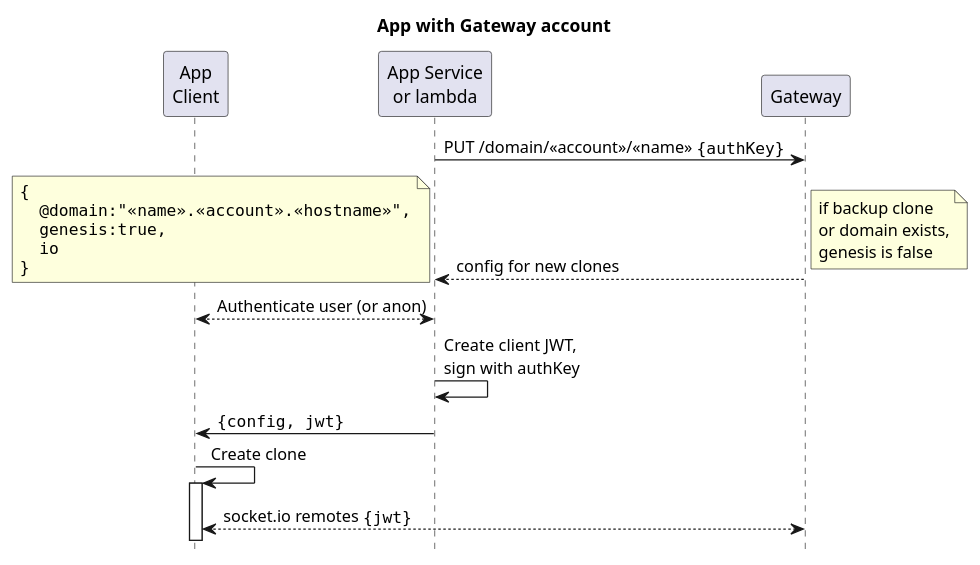
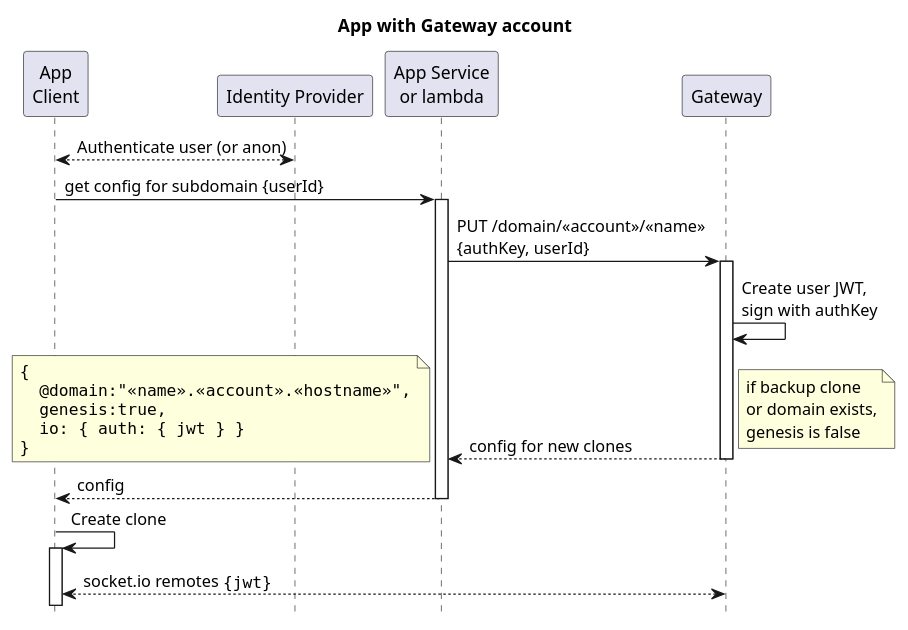
Before and after one commit to m-ld/m-ld-gateway: the diagram in architecture/api/domain/account-domain.seq.puml, drawn with PlantUML. The commit also changed 26 other files, not shown here.

Commit message:
#10: Bearer authentication for socket.io, generated in subdomain config

```diff
--- a/architecture/api/domain/account-domain.seq.puml
+++ b/architecture/api/domain/account-domain.seq.puml
@@ -1,32 +1,34 @@
 @startuml
 'https://plantuml.com/sequence-diagram
 hide footbox
 
 title App with Gateway account
 
 participant "App\nClient" as client
+participant "Identity Provider" as idp
 participant "App Service\nor lambda" as service
 
-service -> Gateway: PUT /domain/<<account>>/<<name>> ""{authKey}""
+client <--> idp: Authenticate user (or anon)
+client -> service ++ : get config for subdomain {userId}
+service -> Gateway ++: PUT /domain/<<account>>/<<name>>\n{authKey, userId}
+Gateway -> Gateway: Create user JWT,\nsign with authKey
 return config for new clones
 note left
 <code>
 {
   @domain:"<<name>>.<<account>>.<<hostname>>",
   genesis:true,
-  io
+  io: { auth: { jwt } }
 }
 </code>
 end note
 note right
 if backup clone
 or domain exists,
 genesis is false
 end note
-client <--> service: Authenticate user (or anon)
-service -> service: Create client JWT,\nsign with authKey
-service -> client: ""{config, jwt}""
+return config
 client -> client ++: Create clone
 client <--> Gateway: socket.io remotes ""{jwt}""
 
 @enduml
```
